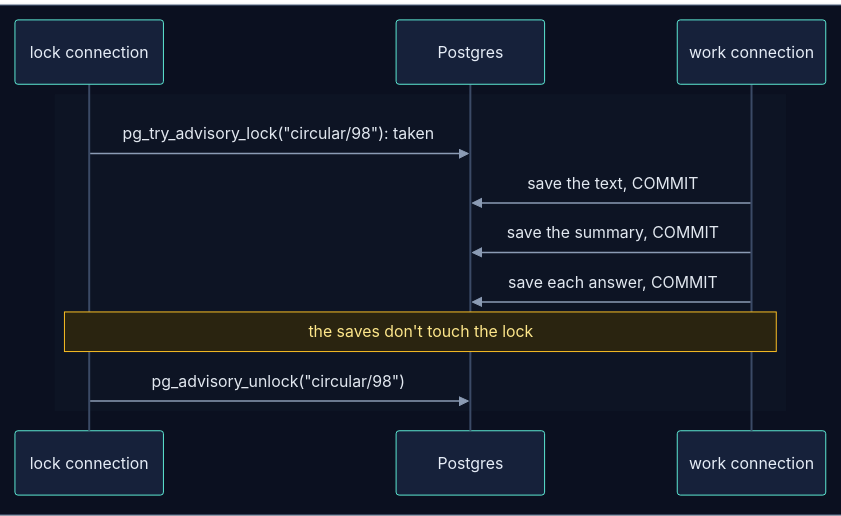
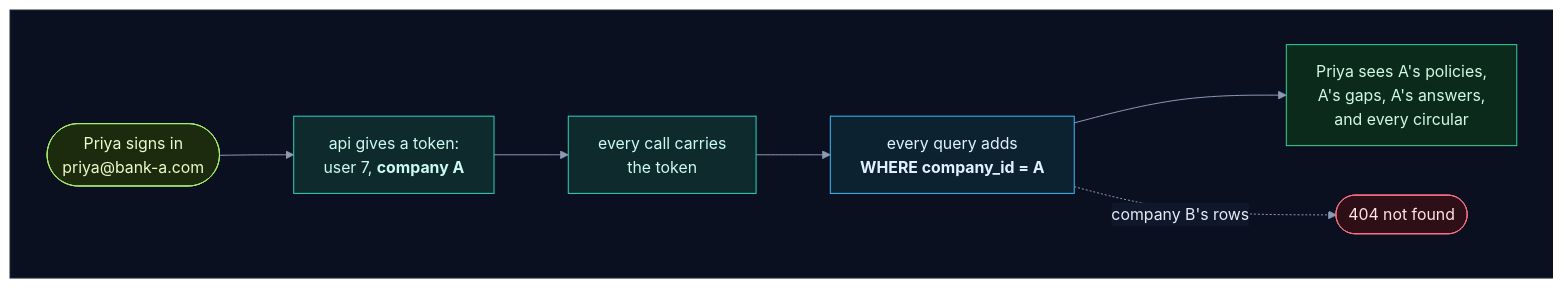
Diagram 14 of 14 in how_the_worker_works.md (selvakumarperumal/Regulatory_Circular_Impact_Agent), drawn with Mermaid before and after one commit. The commit also changed other lines of this file and 8 other files, not shown here.

Commit message:
Document the task queue and multi-company design

````diff
--- a/how_the_worker_works.md
+++ b/how_the_worker_works.md
@@ -636,18 +833,28 @@
 ```mermaid
-%%{init: {"theme": "base", "sequence": {"diagramMarginX": 0, "diagramMarginY": 0}, "themeVariables": {"darkMode": true, "primaryColor": "#16213a", "primaryTextColor": "#e6edf7", "primaryBorderColor": "#475a7a", "lineColor": "#8b9bb4", "secondaryColor": "#1b2436", "tertiaryColor": "#101a2e", "edgeLabelBackground": "#0f172a", "textColor": "#e2e8f0", "actorBkg": "#16213a", "actorBorder": "#5eead4", "actorTextColor": "#e6edf7", "actorLineColor": "#3b4a66", "signalColor": "#8b9bb4", "signalTextColor": "#e2e8f0", "noteBkgColor": "#2a2410", "noteBorderColor": "#fbbf24", "noteTextColor": "#fde68a", "labelBoxBkgColor": "#1e293b", "labelBoxBorderColor": "#64748b", "labelTextColor": "#e2e8f0", "loopTextColor": "#c4b5fd", "sequenceNumberColor": "#0b1020", "activationBkgColor": "#1e293b"}}}%%
-sequenceDiagram
-    box rgb(11, 16, 32)
-        participant L as lock connection
-        participant DB as Postgres
-        participant S as work connection
+%%{init: {"theme": "base", "flowchart": {"diagramPadding": 0}, "themeVariables": {"darkMode": true, "primaryColor": "#16213a", "primaryTextColor": "#e6edf7", "primaryBorderColor": "#475a7a", "lineColor": "#8b9bb4", "secondaryColor": "#1b2436", "tertiaryColor": "#101a2e", "edgeLabelBackground": "#0f172a", "textColor": "#e2e8f0", "clusterBkg": "#0f1728", "clusterBorder": "#2b3a55", "titleColor": "#c4b5fd", "nodeTextColor": "#e6edf7"}}}%%
+flowchart LR
+    subgraph canvas[" "]
+        direction LR
+        login(["Priya signs in<br/>priya@bank-a.com"]) --> tok["api gives a token:<br/>user 7, <b>company A</b>"]
+        tok --> carry["every call carries<br/>the token"]
+        carry --> where["every query adds<br/><b>WHERE company_id = A</b>"]
+        where --> sees["Priya sees A's policies,<br/>A's gaps, A's answers,<br/>and every circular"]
+        where -.->|"company B's rows"| no(["404 not found"])
     end
-
-    rect rgb(13, 20, 36)
-        L->>DB: pg_try_advisory_lock("circular/98"): taken
-        S->>DB: save the text, COMMIT
-        S->>DB: save the summary, COMMIT
-        S->>DB: save each answer, COMMIT
-        Note over L,S: the saves don't touch the lock
-        L->>DB: pg_advisory_unlock("circular/98")
-    end
+    classDef svc fill:#0e2a2c,stroke:#2dd4bf,color:#ccfbf1
+    classDef data fill:#1c1a47,stroke:#818cf8,color:#e0e7ff
+    classDef ext fill:#2a1640,stroke:#c084fc,color:#f3e8ff
+    classDef gpu fill:#2d1b0c,stroke:#fb923c,color:#ffedd5
+    classDef ask fill:#2a2410,stroke:#fbbf24,color:#fef3c7
+    classDef ok fill:#0b2a1c,stroke:#34d399,color:#d1fae5
+    classDef bad fill:#2e0f17,stroke:#fb7185,color:#ffe4e6
+    classDef start fill:#1c2a0e,stroke:#a7ef6f,color:#ecfccb
+    classDef muted fill:#1a2130,stroke:#64748b,color:#cbd5e1
+    classDef queue fill:#0c2231,stroke:#38bdf8,color:#e0f2fe
+    class login start
+    class tok,carry svc
+    class where queue
+    class sees ok
+    class no bad
+    style canvas fill:#0b1020,stroke:#1e293b,color:#0b1020
 ```
````
